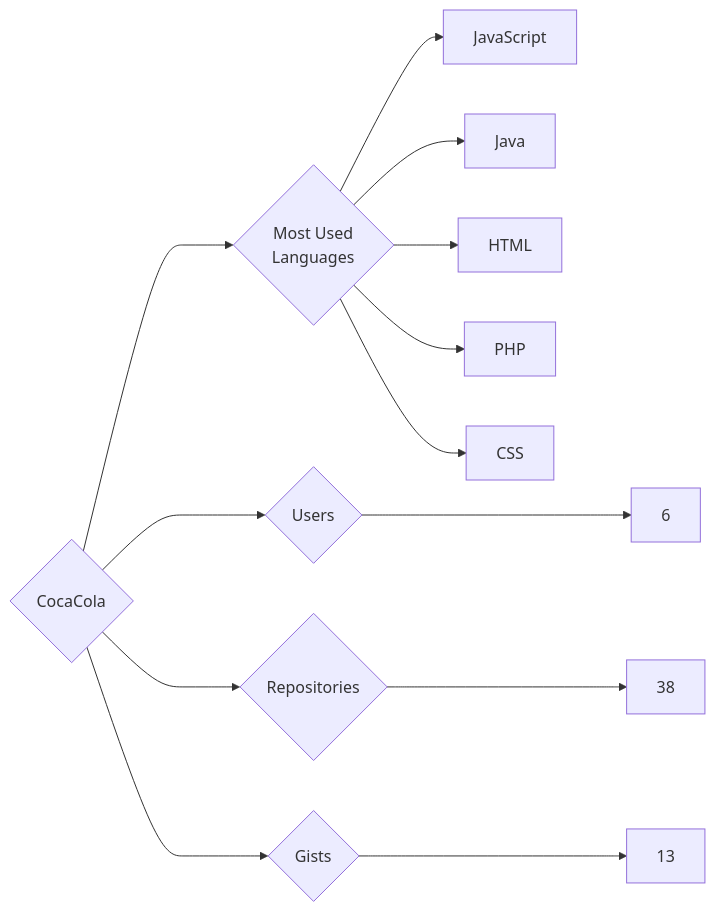
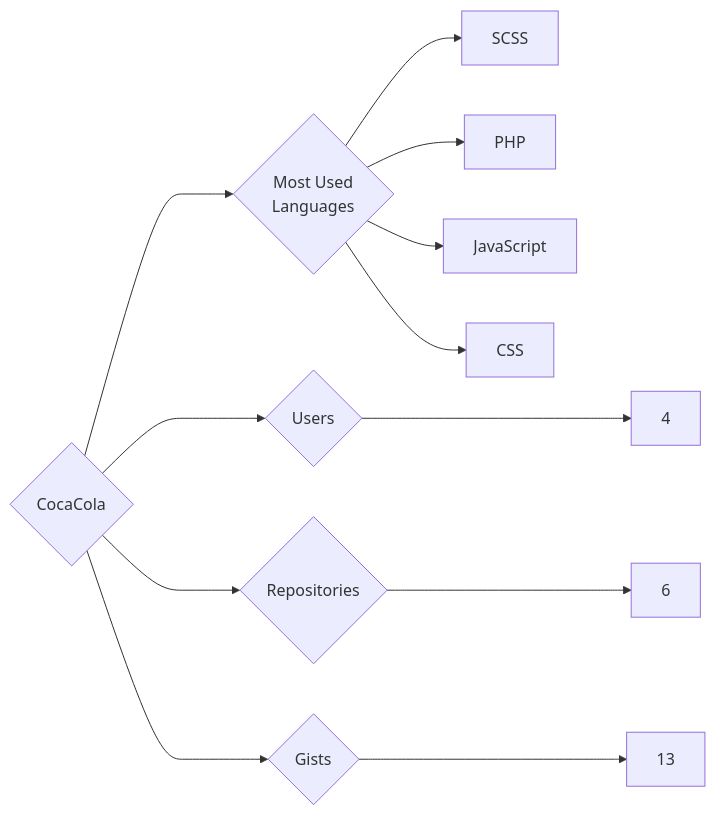
Before and after one commit to trickest/insiders: the diagram in targets/CocaCola/README.md, drawn with Mermaid. The commit also changed 553 other files, not shown here.

````diff
--- a/targets/CocaCola/README.md
+++ b/targets/CocaCola/README.md
@@ -3,13 +3,12 @@
 ```mermaid
 graph LR
 COMPANY_NAME{CocaCola}
-COMPANY_NAME ---> U{Users} ---> UN[6]
-COMPANY_NAME ---> R{Repositories} ---> RN[38]
+COMPANY_NAME ---> U{Users} ---> UN[4]
+COMPANY_NAME ---> R{Repositories} ---> RN[6]
 COMPANY_NAME ---> G{Gists} ---> GN[13]
 COMPANY_NAME ---> ML{Most Used<br>Languages}
+ML --> SCSS[SCSS]
+ML --> PHP[PHP]
 ML --> JavaScript[JavaScript]
-ML --> Java[Java]
-ML --> HTML[HTML]
-ML --> PHP[PHP]
 ML --> CSS[CSS]
 ```
````
